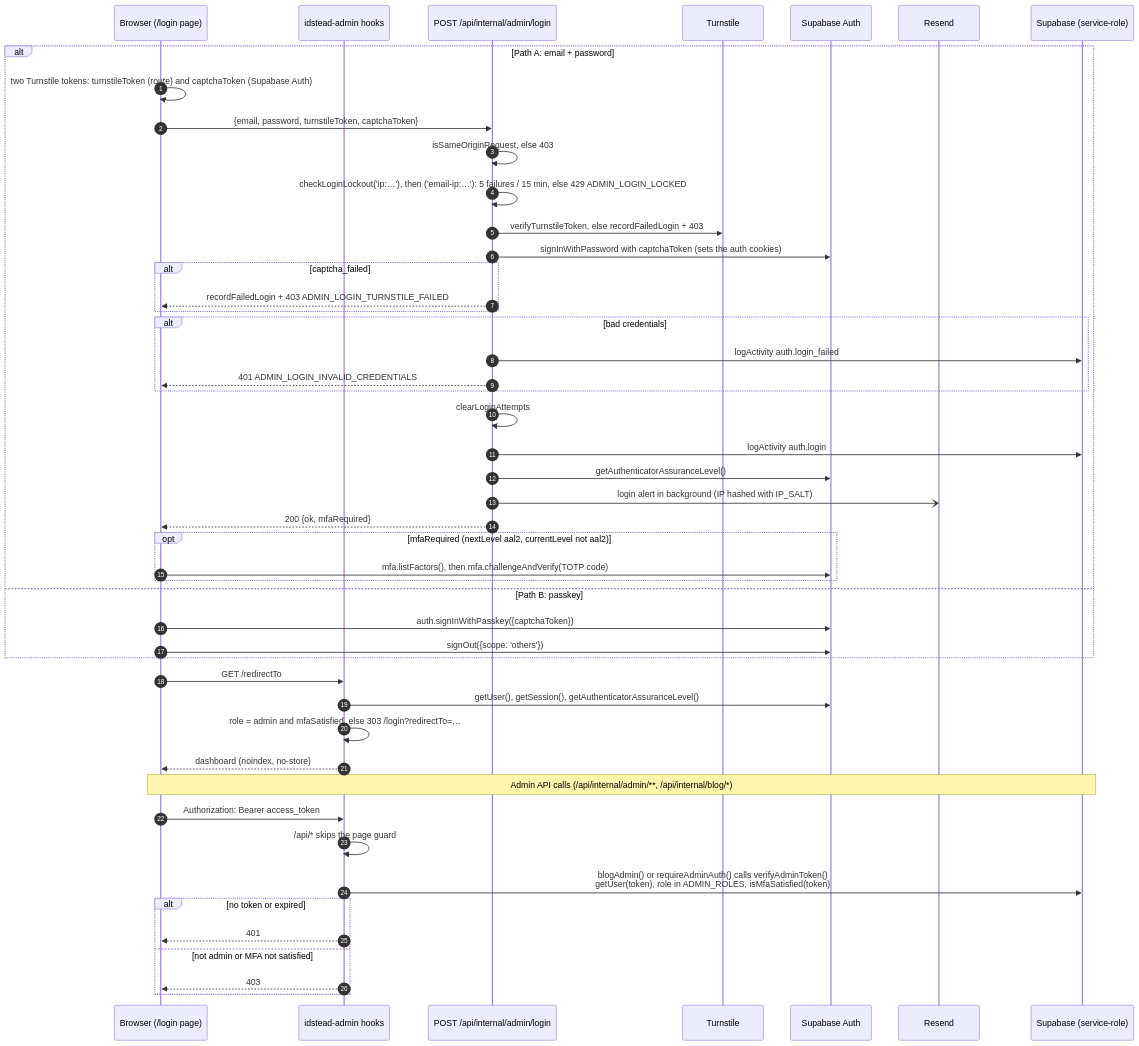
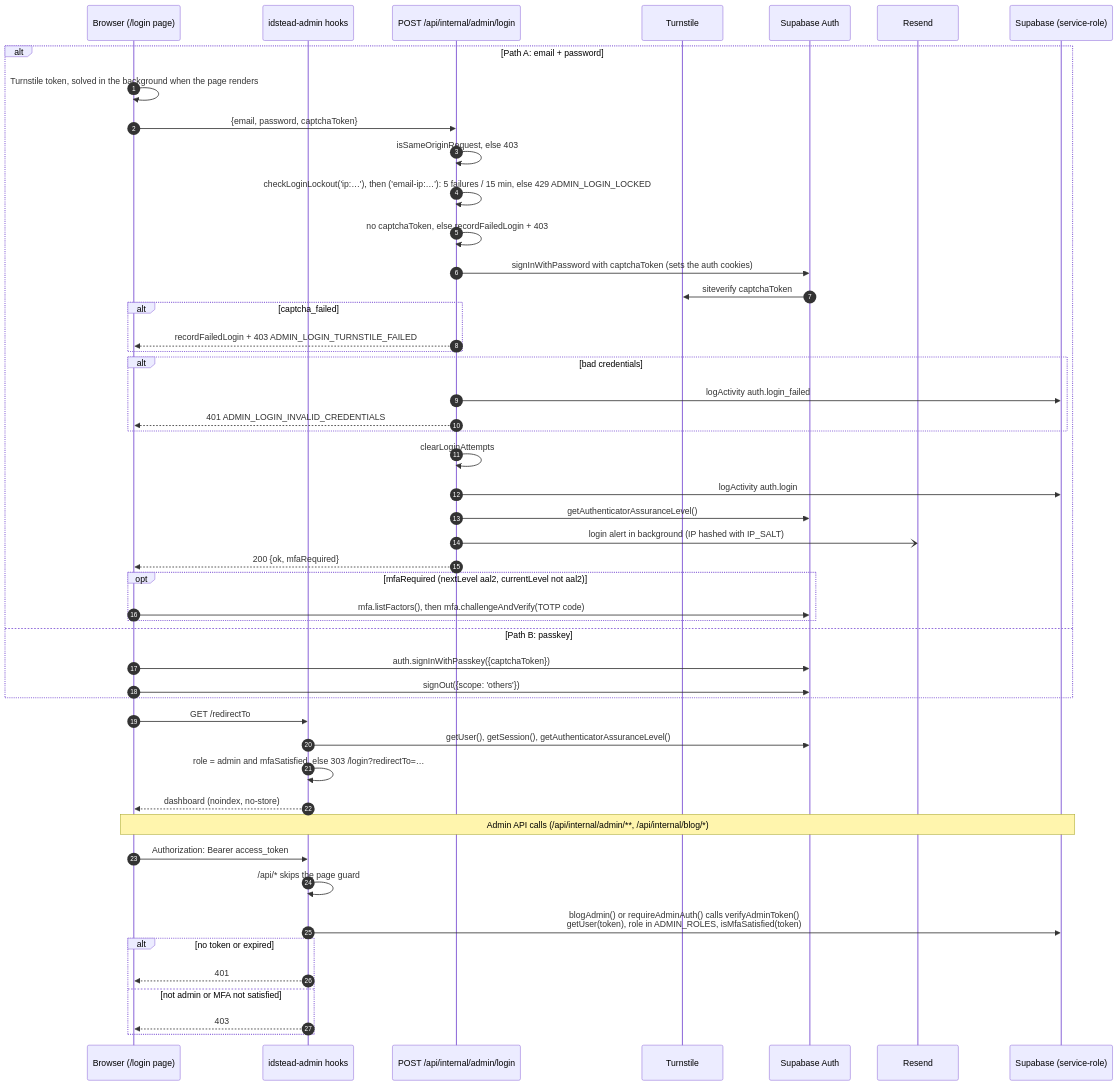
The diagram in docs/003-architecture/006-admin-login-mfa.md (farhnkrnapratma/idstead), drawn with Mermaid before and after one commit. The commit also changed other lines of this file and 7 other files, not shown here.

First line of the commit message:
fix(admin): sign in with one background-solved Turnstile token

````diff
--- a/docs/003-architecture/006-admin-login-mfa.md
+++ b/docs/003-architecture/006-admin-login-mfa.md
@@ -5,52 +5,53 @@
 ```mermaid
 sequenceDiagram
     autonumber
     participant B as Browser (/login page)
     participant HK as idstead-admin hooks
     participant L as POST /api/internal/admin/login
     participant TS as Turnstile
     participant SA as Supabase Auth
     participant RS as Resend
     participant DB as Supabase (service-role)
 
     alt Path A: email + password
-        B->>B: two Turnstile tokens: turnstileToken (route) and captchaToken (Supabase Auth)
-        B->>L: {email, password, turnstileToken, captchaToken}
+        B->>B: Turnstile token, solved in the background when the page renders
+        B->>L: {email, password, captchaToken}
         L->>L: isSameOriginRequest, else 403
         L->>L: checkLoginLockout('ip:…'), then ('email-ip:…'): 5 failures / 15 min, else 429 ADMIN_LOGIN_LOCKED
-        L->>TS: verifyTurnstileToken, else recordFailedLogin + 403
+        L->>L: no captchaToken, else recordFailedLogin + 403
         L->>SA: signInWithPassword with captchaToken (sets the auth cookies)
+        SA->>TS: siteverify captchaToken
         alt captcha_failed
             L-->>B: recordFailedLogin + 403 ADMIN_LOGIN_TURNSTILE_FAILED
         end
         alt bad credentials
             L->>DB: logActivity auth.login_failed
             L-->>B: 401 ADMIN_LOGIN_INVALID_CREDENTIALS
         end
         L->>L: clearLoginAttempts
         L->>DB: logActivity auth.login
         L->>SA: getAuthenticatorAssuranceLevel()
         L-)RS: login alert in background (IP hashed with IP_SALT)
         L-->>B: 200 {ok, mfaRequired}
         opt mfaRequired (nextLevel aal2, currentLevel not aal2)
             B->>SA: mfa.listFactors(), then mfa.challengeAndVerify(TOTP code)
         end
     else Path B: passkey
         B->>SA: auth.signInWithPasskey({captchaToken})
         B->>SA: signOut({scope: 'others'})
     end
     B->>HK: GET /redirectTo
     HK->>SA: getUser(), getSession(), getAuthenticatorAssuranceLevel()
     HK->>HK: role = admin and mfaSatisfied, else 303 /login?redirectTo=…
     HK-->>B: dashboard (noindex, no-store)
 
     Note over B,DB: Admin API calls (/api/internal/admin/**, /api/internal/blog/*)
     B->>HK: Authorization: Bearer access_token
     HK->>HK: /api/* skips the page guard
     HK->>DB: blogAdmin() or requireAdminAuth() calls verifyAdminToken()<br/>getUser(token), role in ADMIN_ROLES, isMfaSatisfied(token)
     alt no token or expired
         HK-->>B: 401
     else not admin or MFA not satisfied
         HK-->>B: 403
     end
 ```
````
